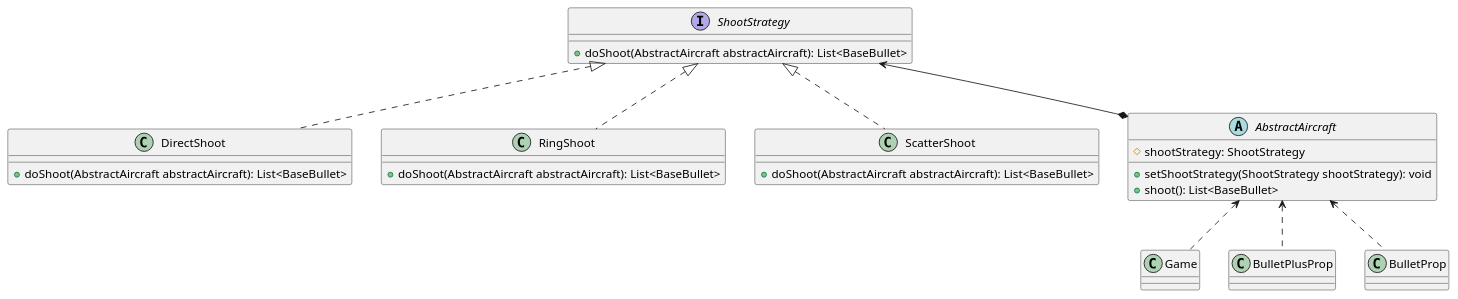
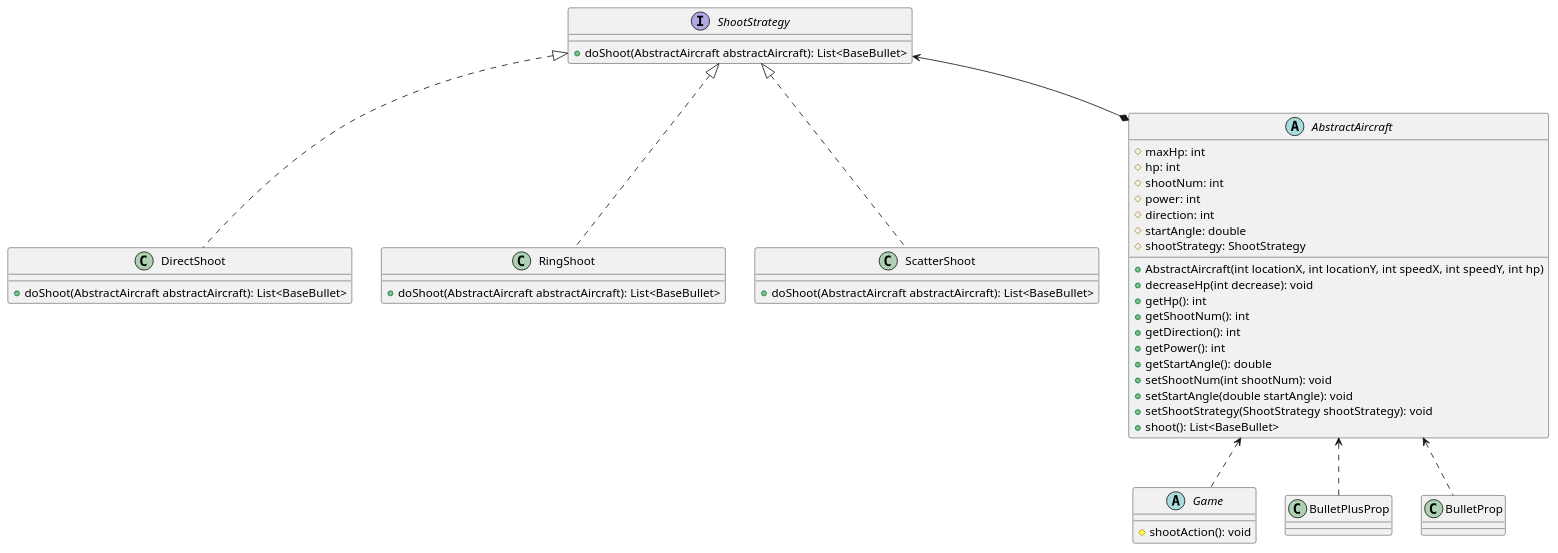
One commit to Elliot-04/AircraftWar changed the diagram in uml/ShootStrategy.puml. Above: the diagram before and after it, drawn with PlantUML. The commit also changed 24 other files, not shown here.

```diff
--- a/uml/ShootStrategy.puml
+++ b/uml/ShootStrategy.puml
@@ -1,29 +1,48 @@
 @startuml
 interface ShootStrategy {
     + doShoot(AbstractAircraft abstractAircraft): List<BaseBullet>
 }
 
 class DirectShoot {
     + doShoot(AbstractAircraft abstractAircraft): List<BaseBullet>
 }
 class RingShoot {
     + doShoot(AbstractAircraft abstractAircraft): List<BaseBullet>
 }
 class ScatterShoot {
     + doShoot(AbstractAircraft abstractAircraft): List<BaseBullet>
 }
 
 abstract class AbstractAircraft {
+    # maxHp: int
+    # hp: int
+    # shootNum: int
+    # power: int
+    # direction: int
+    # startAngle: double
     # shootStrategy: ShootStrategy
+    + AbstractAircraft(int locationX, int locationY, int speedX, int speedY, int hp)
+    + decreaseHp(int decrease): void
+    + getHp(): int
+    + getShootNum(): int
+    + getDirection(): int
+    + getPower(): int
+    + getStartAngle(): double
+    + setShootNum(int shootNum): void
+    + setStartAngle(double startAngle): void
     + setShootStrategy(ShootStrategy shootStrategy): void
     + shoot(): List<BaseBullet>
+}
+
+abstract class Game {
+    # shootAction(): void
 }
 
 ShootStrategy <|.. DirectShoot
 ShootStrategy <|.. RingShoot
 ShootStrategy <|.. ScatterShoot
 ShootStrategy <--* AbstractAircraft
 AbstractAircraft <.. Game
 AbstractAircraft <.. BulletPlusProp
 AbstractAircraft <.. BulletProp
 @enduml
```
